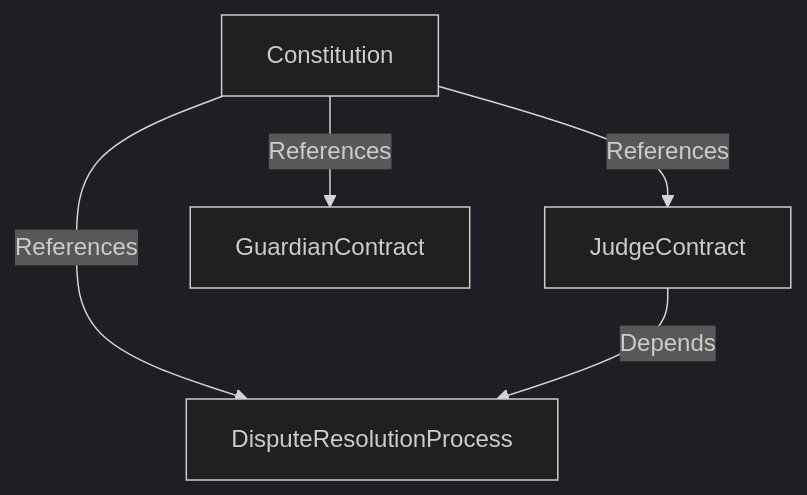
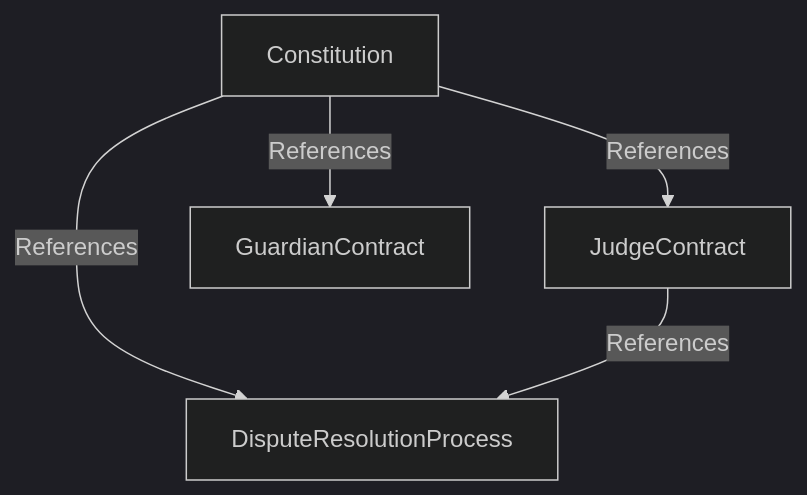
One commit to nation3/law changed the third of 3 diagrams in README.md. Above: the diagram before and after it, drawn with Mermaid (dark theme).

````diff
--- a/README.md
+++ b/README.md
@@ -67,7 +67,7 @@
 ```mermaid
 graph TD
     Constitution -->|References| JudgeContract
     Constitution -->|References| GuardianContract
     Constitution -->|References| DisputeResolutionProcess
-    JudgeContract -->|Depends| DisputeResolutionProcess
+    JudgeContract -->|References| DisputeResolutionProcess
 ```
````
